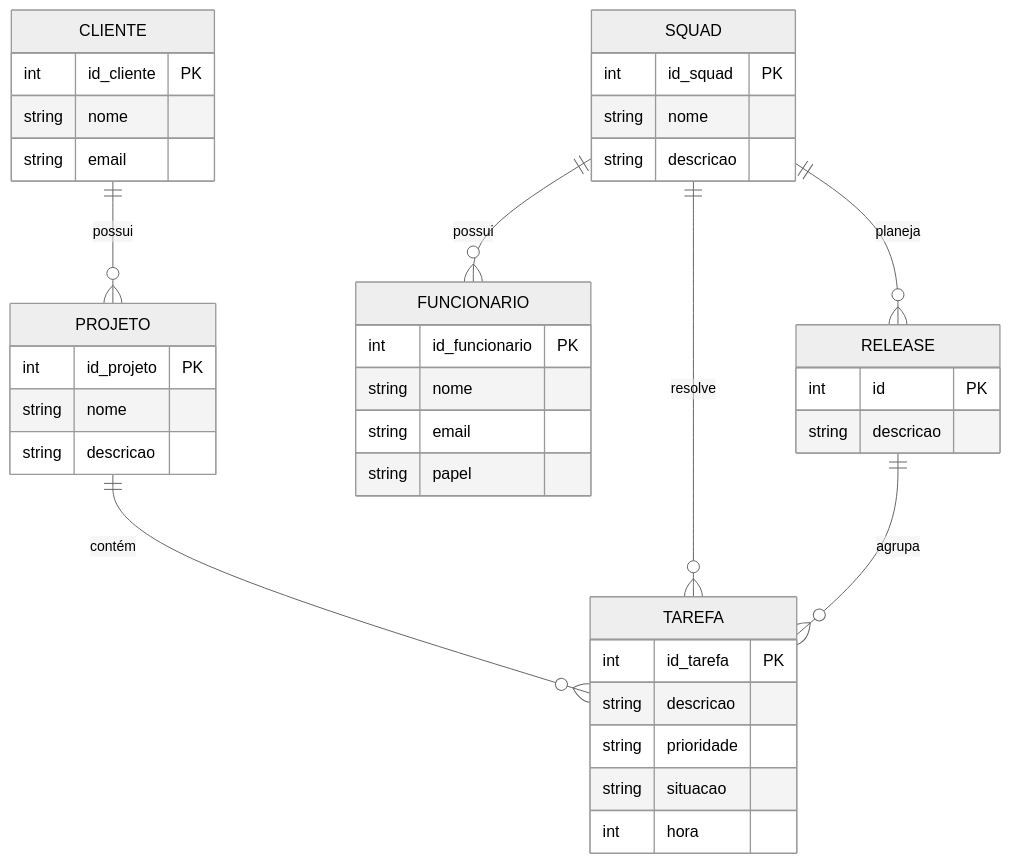
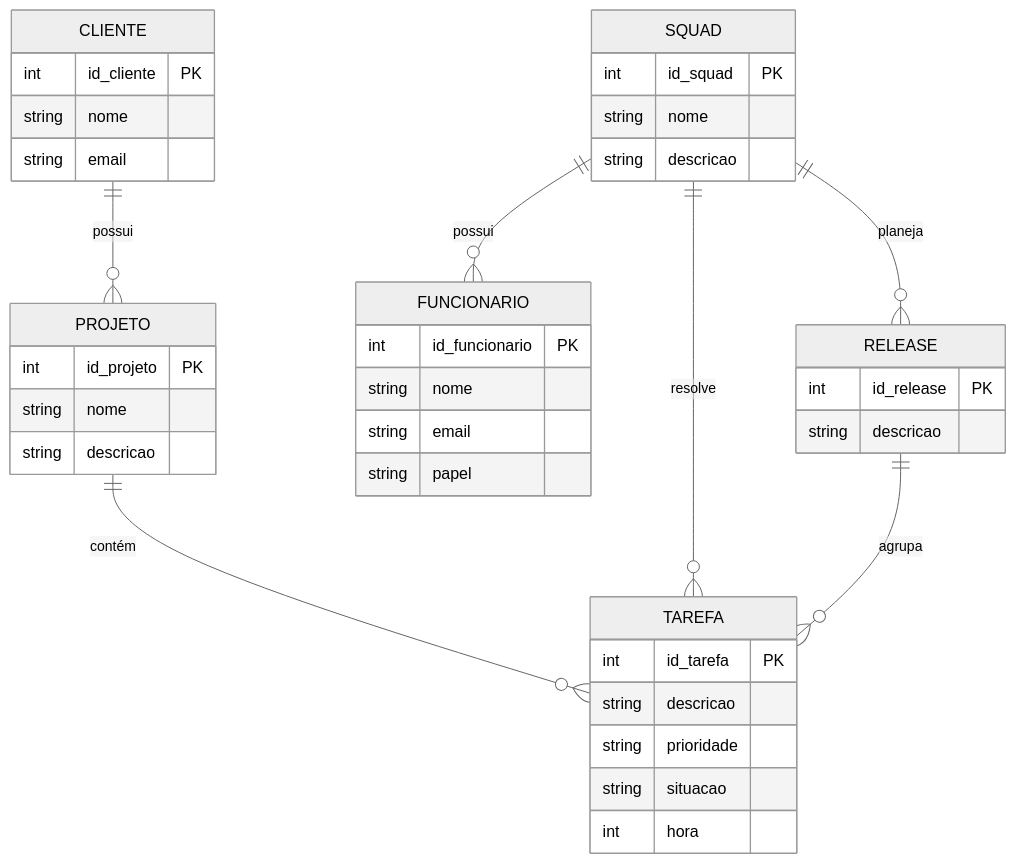
The diagram in database/20262/HendsMede1r0s/tarefa02.md (HendsMede1r0s/bsi-bd-tasks), drawn with Mermaid (neutral theme) before and after one commit. The commit also changed other lines of this file, not shown here.

````diff
--- a/database/20262/HendsMede1r0s/tarefa02.md
+++ b/database/20262/HendsMede1r0s/tarefa02.md
@@ -19,48 +19,48 @@
 ```mermaid 
 erDiagram
 
     CLIENTE ||--o{ PROJETO : "possui"
     SQUAD ||--o{ FUNCIONARIO : "possui"
     PROJETO ||--o{ TAREFA : "contém"
     SQUAD ||--o{ TAREFA : "resolve"
     SQUAD ||--o{ RELEASE : "planeja"
     RELEASE ||--o{ TAREFA : "agrupa"
 
     CLIENTE{
         int id_cliente PK
         string nome
         string email
     }
 
     FUNCIONARIO{
         int id_funcionario PK
         string nome
         string email
         string papel
     }
 
     SQUAD{
         int id_squad PK
         string nome
         string descricao
     }
 
     TAREFA{
         int id_tarefa PK
         string descricao
         string prioridade
         string situacao
         int hora
     }
 
     PROJETO{
         int id_projeto PK
         string nome
         string descricao
     }
 
     RELEASE{
-        int id PK
+        int id_release PK
         string descricao
     }
 ```
````
